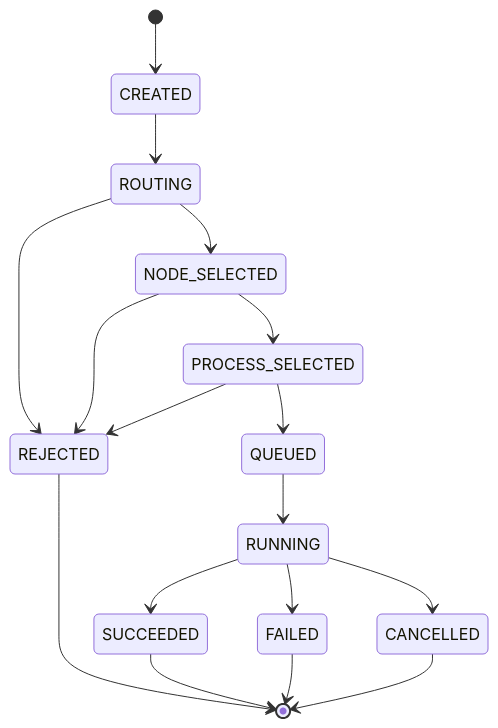
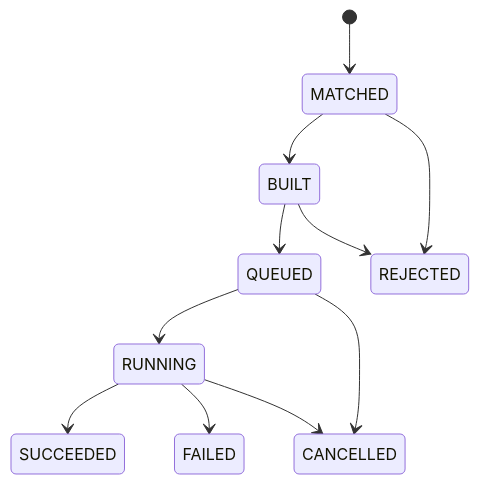
Before and after one commit to 10wvw01/Pheromone-mini: the second of 2 diagrams in docs/appendix/D-数据结构与错误码.md, drawn with Mermaid. The commit also changed other lines of this file and 18 other files, not shown here.

````diff
--- a/docs/appendix/D-数据结构与错误码.md
+++ b/docs/appendix/D-数据结构与错误码.md
@@ -79,19 +100,13 @@
 ```mermaid
 stateDiagram-v2
-    [*] --> CREATED
-    CREATED --> ROUTING
-    ROUTING --> NODE_SELECTED
-    NODE_SELECTED --> PROCESS_SELECTED
-    PROCESS_SELECTED --> QUEUED
-    ROUTING --> REJECTED
-    NODE_SELECTED --> REJECTED
-    PROCESS_SELECTED --> REJECTED
+    [*] --> MATCHED
+    MATCHED --> BUILT
+    MATCHED --> REJECTED
+    BUILT --> QUEUED
+    BUILT --> REJECTED
     QUEUED --> RUNNING
+    QUEUED --> CANCELLED
     RUNNING --> SUCCEEDED
     RUNNING --> FAILED
     RUNNING --> CANCELLED
-    REJECTED --> [*]
-    SUCCEEDED --> [*]
-    FAILED --> [*]
-    CANCELLED --> [*]
 ```
````
